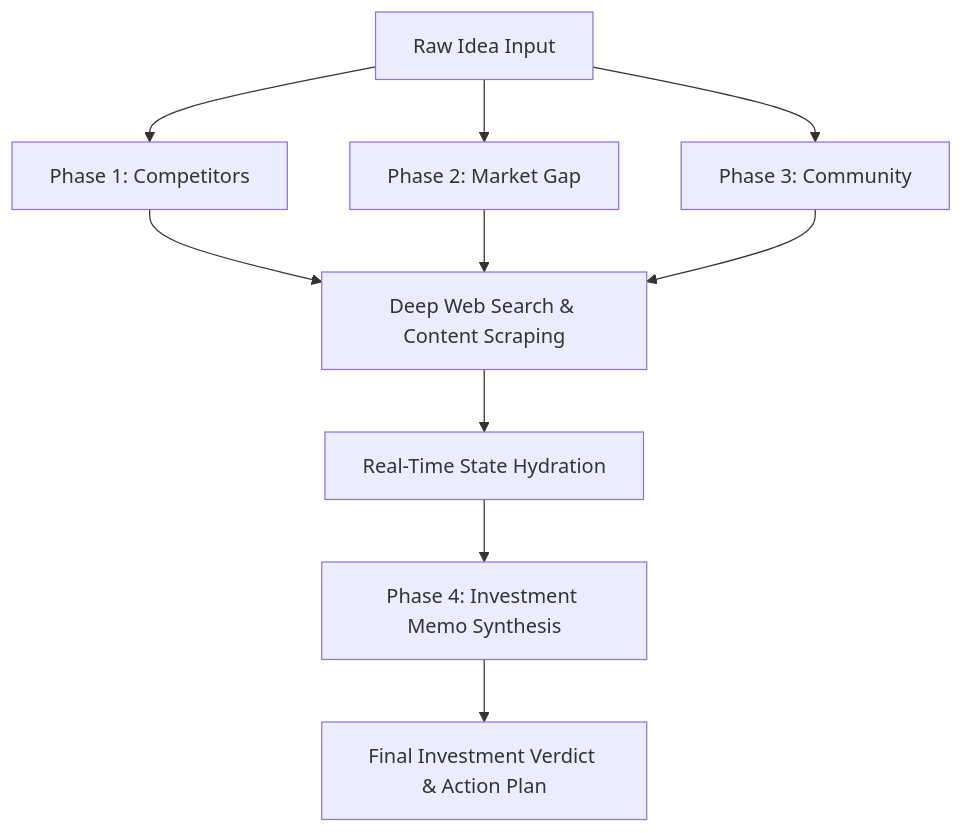
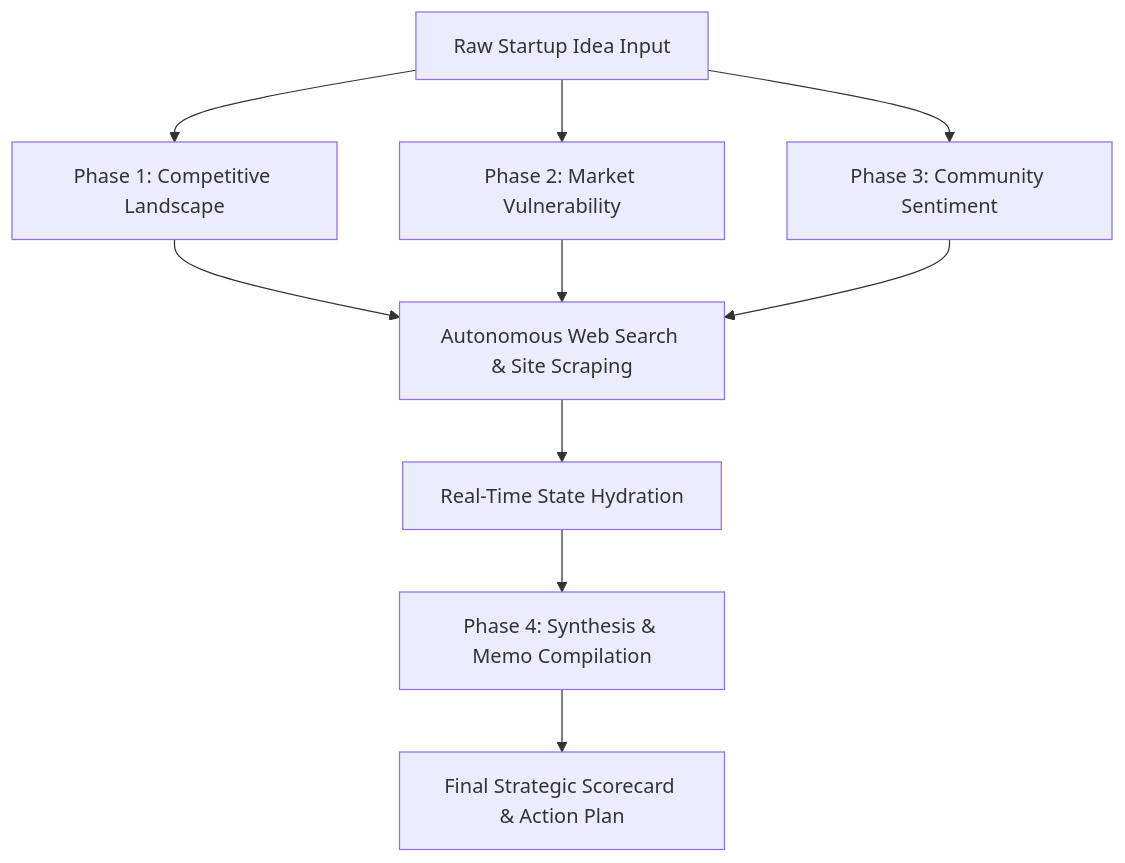
The diagram in README.md (ThiefRiefMarhas/convix-lab), drawn with Mermaid before and after one commit. The commit also changed other lines of this file, not shown here.

Commit message:
docs: upgrade README.md to production-grade technical specification and architectural overview

````diff
--- a/README.md
+++ b/README.md
@@ -20,15 +19,15 @@
 ```mermaid
 graph TD
-    A[Raw Idea Input] --> B[Phase 1: Competitors]
-    A --> C[Phase 2: Market Gap]
-    A --> D[Phase 3: Community]
+    A[Raw Startup Idea Input] --> B[Phase 1: Competitive Landscape]
+    A --> C[Phase 2: Market Vulnerability]
+    A --> D[Phase 3: Community Sentiment]
     
-    B --> E[Deep Web Search & Content Scraping]
+    B --> E[Autonomous Web Search & Site Scraping]
     C --> E
     D --> E
     
     E --> F[Real-Time State Hydration]
-    F --> G[Phase 4: Investment Memo Synthesis]
+    F --> G[Phase 4: Synthesis & Memo Compilation]
     
-    G --> H[Final Investment Verdict & Action Plan]
+    G --> H[Final Strategic Scorecard & Action Plan]
 ```
````
